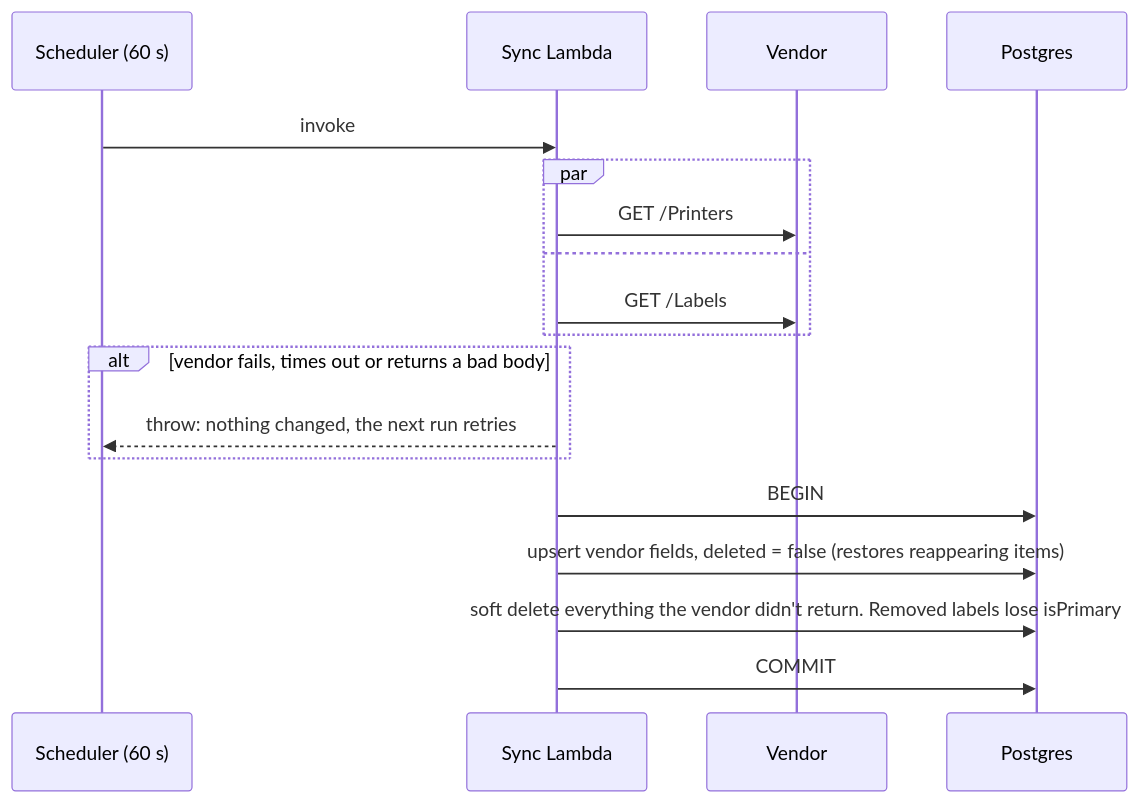
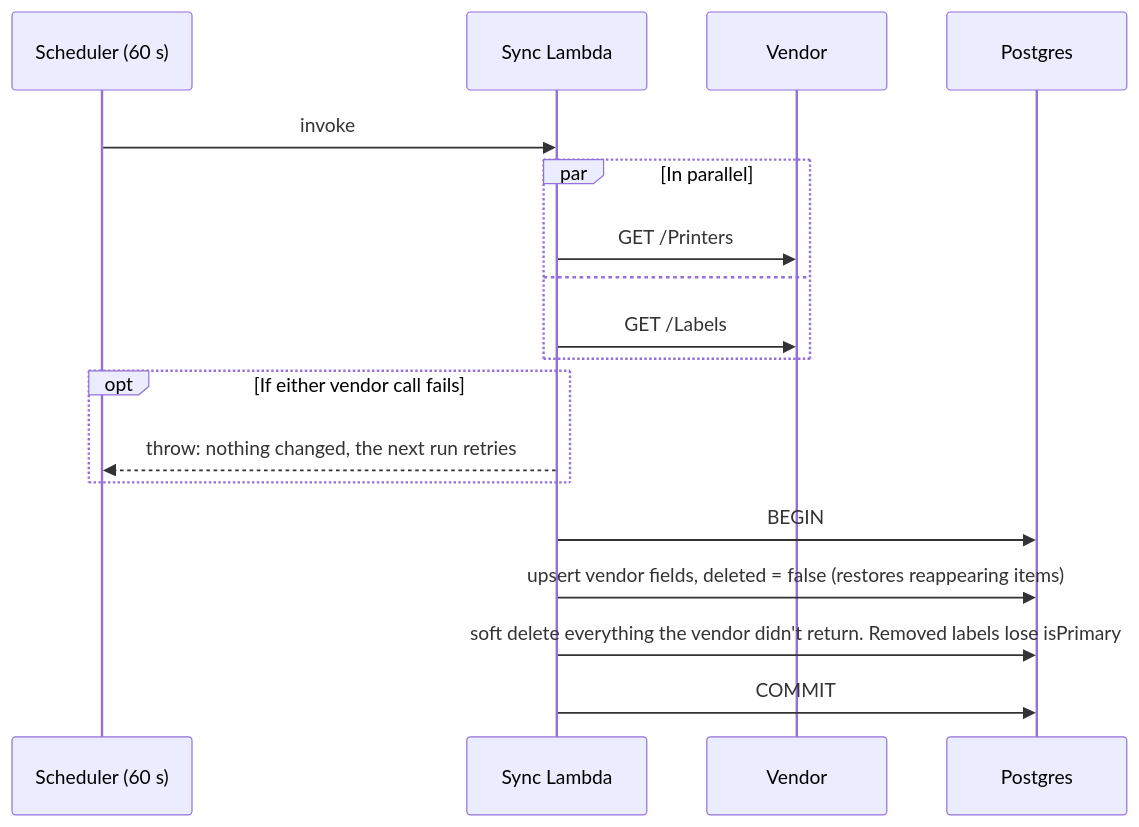
One commit to baekdahl/print-manager changed the third of 4 diagrams in docs/design.md. Above: the diagram before and after it, drawn with Mermaid.

Commit message:
Label the sync diagram's parallel and optional fragments

````diff
--- a/docs/design.md
+++ b/docs/design.md
@@ -202,21 +202,21 @@
 ```mermaid
 sequenceDiagram
   participant S as Scheduler (60 s)
   participant L as Sync Lambda
   participant V as Vendor
   participant DB as Postgres
 
   S->>L: invoke
-  par
+  par In parallel
     L->>V: GET /Printers
   and
     L->>V: GET /Labels
   end
-  alt vendor fails, times out or returns a bad body
+  opt If either vendor call fails
     L-->>S: throw: nothing changed, the next run retries
   end
   L->>DB: BEGIN
   L->>DB: upsert vendor fields, deleted = false (restores reappearing items)
   L->>DB: soft delete everything the vendor didn't return. Removed labels lose isPrimary
   L->>DB: COMMIT
 ```
````
